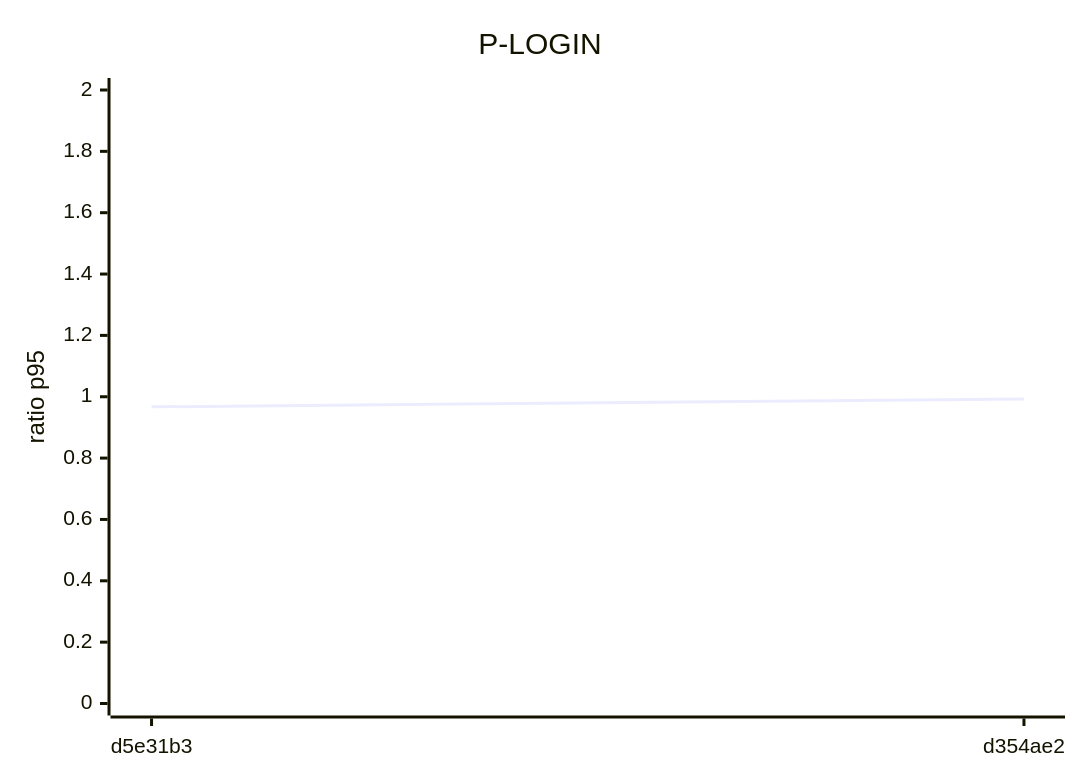
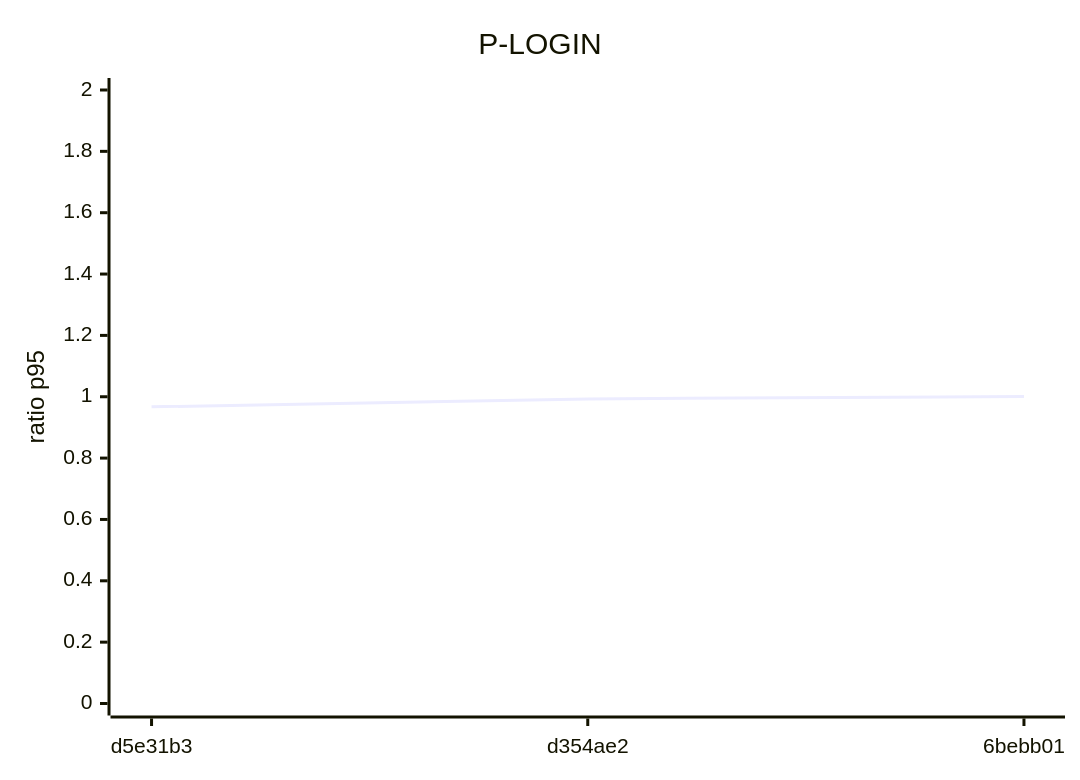
The eighth of 8 diagrams in docs/perf/trend.md (mtromane/expense-io), drawn with Mermaid before and after one commit. The commit also changed other lines of this file and 1 other file, not shown here.

Commit message:
perf: mesure de 6bebb01

````diff
--- a/docs/perf/trend.md
+++ b/docs/perf/trend.md
@@ -72,7 +72,7 @@
 ```mermaid
 xychart-beta
   title "P-LOGIN"
-  x-axis ["d5e31b3", "d354ae2"]
+  x-axis ["d5e31b3", "d354ae2", "6bebb01"]
   y-axis "ratio p95" 0 --> 2
-  line [0.967, 0.993]
+  line [0.967, 0.993, 1.001]
 ```
````
